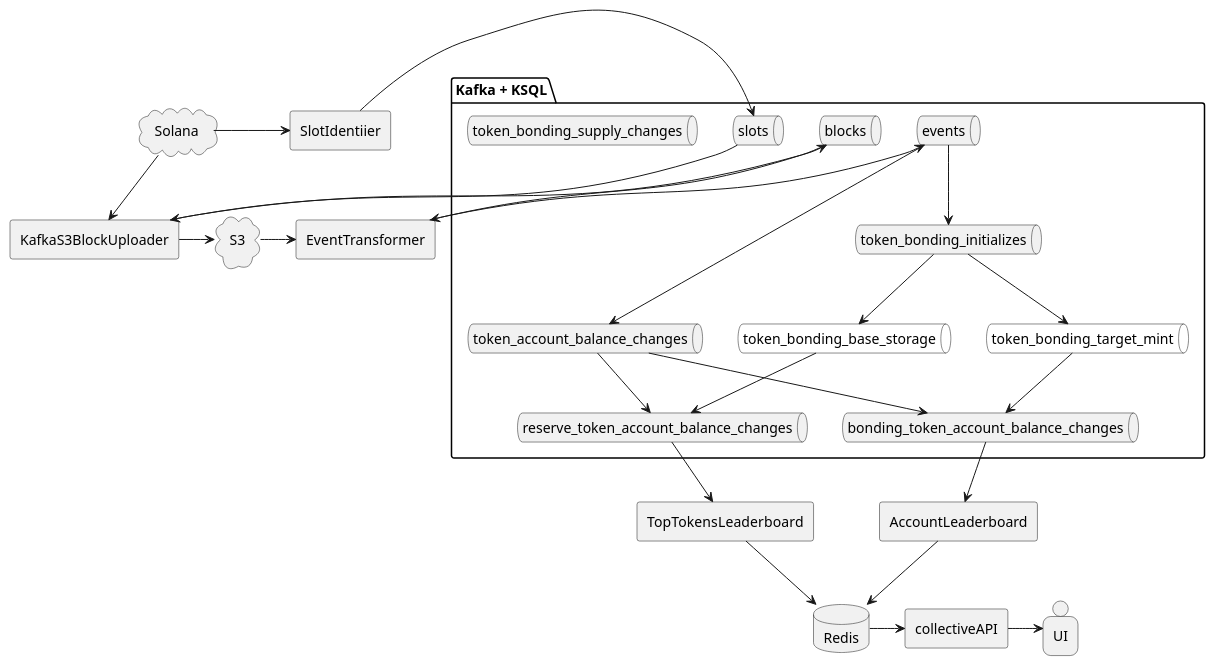
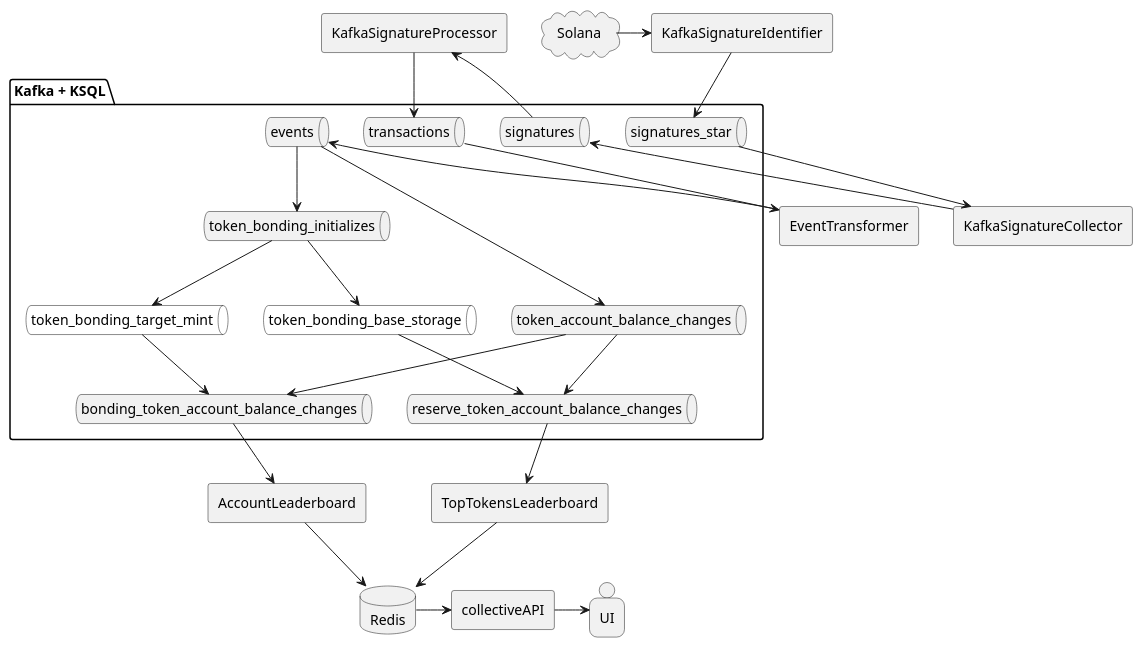
The diagram in architecture.puml (StrataFoundation/strata-data-pipelines), drawn with PlantUML before and after one commit. The commit also changed 16 other files, not shown here.

```diff
--- a/architecture.puml
+++ b/architecture.puml
@@ -1,60 +1,58 @@
 @startuml architecture
 
 package "Kafka + KSQL" as k {
-  queue blocks
-  queue slots
+  queue signatures_star
+  queue signatures
+  queue transactions
   queue token_account_balance_changes
   queue bonding_token_account_balance_changes
   queue reserve_token_account_balance_changes
   queue token_bonding_initializes
   queue token_bonding_base_storage #fff
   queue token_bonding_target_mint #fff
   queue events
-  queue token_bonding_supply_changes
-
     
   events --> token_bonding_initializes
 
   events --> token_account_balance_changes
   token_bonding_initializes --> token_bonding_target_mint
   token_bonding_target_mint --> bonding_token_account_balance_changes
   token_bonding_initializes --> token_bonding_base_storage
   token_account_balance_changes --> bonding_token_account_balance_changes
   token_account_balance_changes --> reserve_token_account_balance_changes
   token_bonding_base_storage --> reserve_token_account_balance_changes
 }
 
-agent KafkaS3BlockUploader
+agent KafkaSignatureIdentifier
 agent AccountLeaderboard
 agent TopTokensLeaderboard
 agent collectiveAPI
-agent SlotIdentiier
+agent KafkaSignatureCollector
+agent KafkaSignatureProcessor
 
 cloud Solana
-cloud S3
 database Redis
 person UI
 
-Solana -> SlotIdentiier
-SlotIdentiier -> slots
-Solana --> KafkaS3BlockUploader
-slots --> KafkaS3BlockUploader
-KafkaS3BlockUploader -> blocks
-KafkaS3BlockUploader -> S3
+Solana -> KafkaSignatureIdentifier
+KafkaSignatureIdentifier --> signatures_star
+signatures_star --> KafkaSignatureCollector
+KafkaSignatureCollector -> signatures
+signatures -> KafkaSignatureProcessor
+KafkaSignatureProcessor --> transactions
 
 agent EventTransformer
 
-S3 -> EventTransformer
-blocks --> EventTransformer
+transactions --> EventTransformer
 EventTransformer -> events
 
 TopTokensLeaderboard --> Redis
 
 bonding_token_account_balance_changes --> AccountLeaderboard
 reserve_token_account_balance_changes --> TopTokensLeaderboard
 AccountLeaderboard --> Redis
 
 Redis -> collectiveAPI
 
 collectiveAPI -> UI
 @enduml
```
